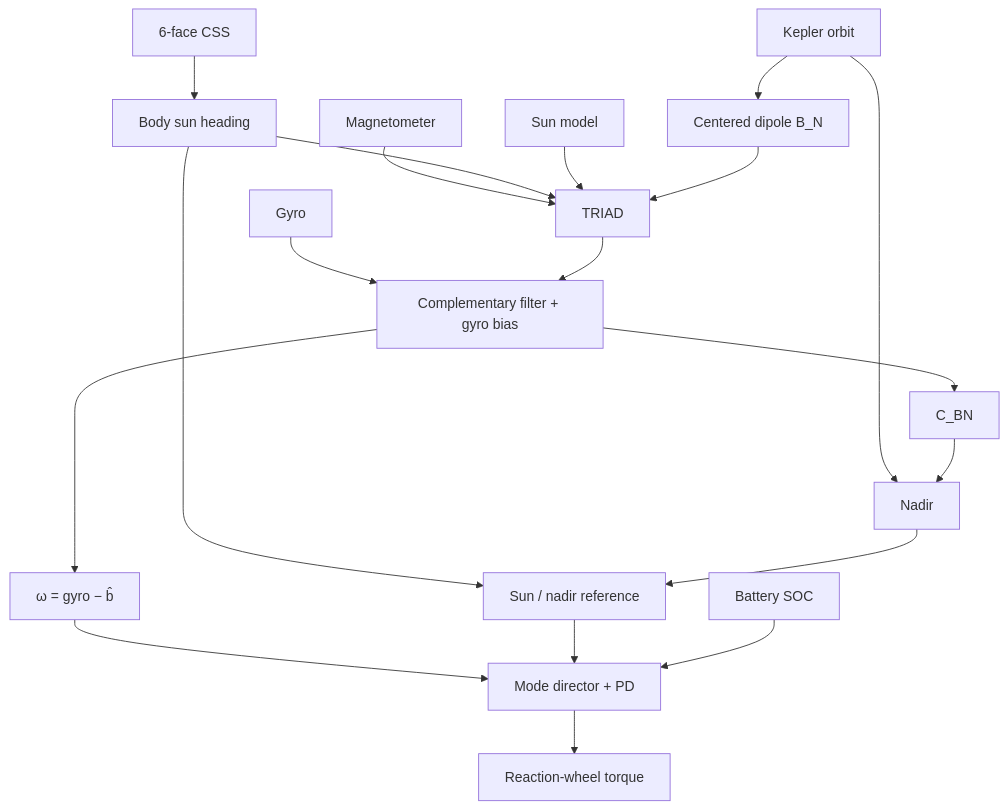
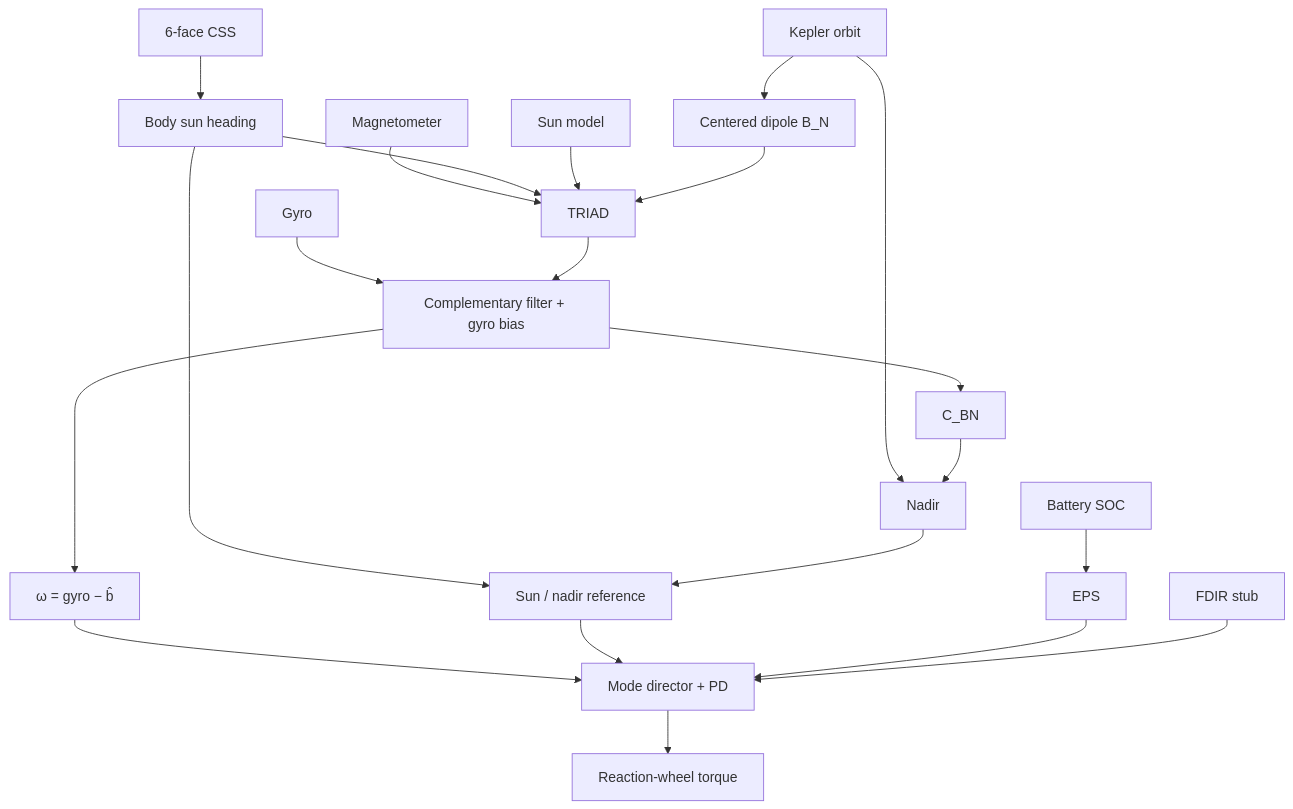
Before and after one commit to niquimi/adcs-flight-software: the second of 3 diagrams in README.md, drawn with Mermaid. The commit also changed other lines of this file and 12 other files, not shown here.

Commit message:
Route safe SOC policy through EPS and a stub for FDIR

````diff
--- a/README.md
+++ b/README.md
@@ -48,21 +49,23 @@
 ```mermaid
 flowchart TB
     CSS[6-face CSS] --> CssWls[Body sun heading]
     Gyro[Gyro] --> Filter
     Mag[Magnetometer] --> TRIAD
     CssWls --> TRIAD
     Kepler[Kepler orbit] --> Nadir
     Kepler --> Dipole[Centered dipole B_N]
     SunN[Sun model] --> TRIAD
     Dipole --> TRIAD
     TRIAD --> Filter[Complementary filter + gyro bias]
     Filter --> CBN[C_BN]
     CBN --> Nadir
     Filter --> Omega["ω = gyro − b̂"]
     CssWls --> Ref[Sun / nadir reference]
     Nadir --> Ref
     Omega --> Modes[Mode director + PD]
     Ref --> Modes
-    SOC[Battery SOC] --> Modes
+    SOC[Battery SOC] --> EPS[EPS]
+    EPS --> Modes
+    FDIR[FDIR stub] --> Modes
     Modes --> RW[Reaction-wheel torque]
 ```
````
